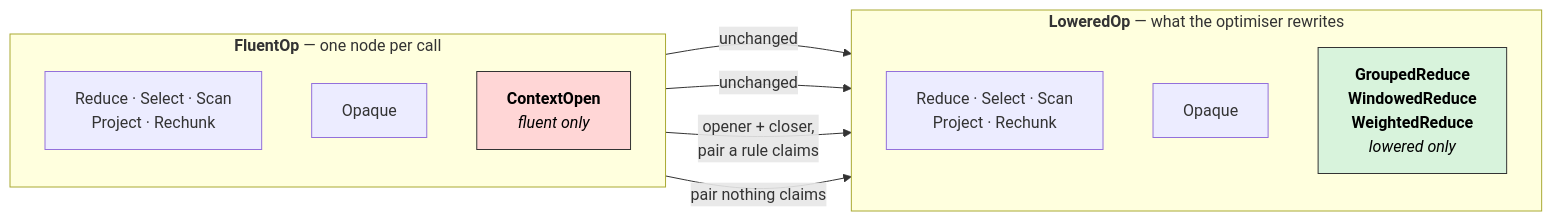
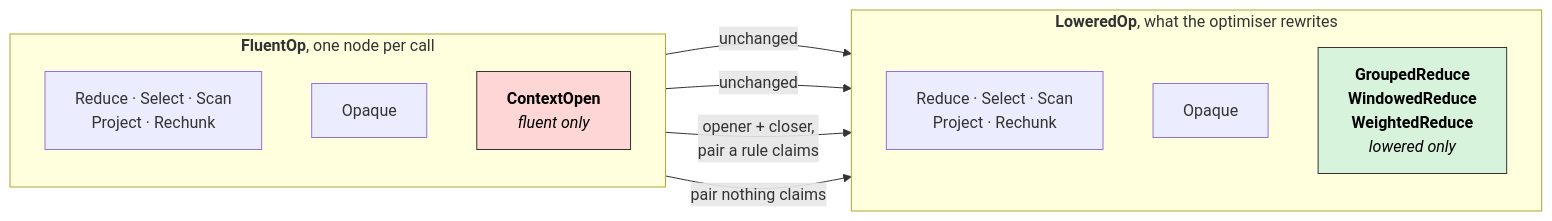
The diagram in docs/internals/ir.md (charles-turner-1/xrexpr), drawn with Mermaid before and after one commit. The commit also changed other lines of this file and 16 other files, not shown here.

````diff
--- a/docs/internals/ir.md
+++ b/docs/internals/ir.md
@@ -102,24 +102,24 @@
 ```{mermaid}
 flowchart LR
-    subgraph fluent["<b>FluentOp</b> — one node per call"]
+    subgraph fluent["<b>FluentOp</b>, one node per call"]
         direction TB
         fShared["Reduce · Select · Scan<br/>Project · Rechunk"]
         fOpaque["Opaque"]
         fOpen["<b>ContextOpen</b><br/><i>fluent only</i>"]
     end
 
-    subgraph lowered["<b>LoweredOp</b> — what the optimiser rewrites"]
+    subgraph lowered["<b>LoweredOp</b>, what the optimiser rewrites"]
         direction TB
         lShared["Reduce · Select · Scan<br/>Project · Rechunk"]
         lOpaque["Opaque"]
         lFused["<b>GroupedReduce</b><br/><b>WindowedReduce</b><br/><b>WeightedReduce</b><br/><i>lowered only</i>"]
     end
 
     fShared -->|"unchanged"| lShared
     fOpaque -->|"unchanged"| lOpaque
     fOpen -->|"opener + closer,<br/>pair a rule claims"| lFused
     fOpen -->|"pair nothing claims"| lOpaque
 
     style fOpen fill:#ffd6d6,stroke:#333,color:#000
     style lFused fill:#d8f3dc,stroke:#333,color:#000
 ```
````
